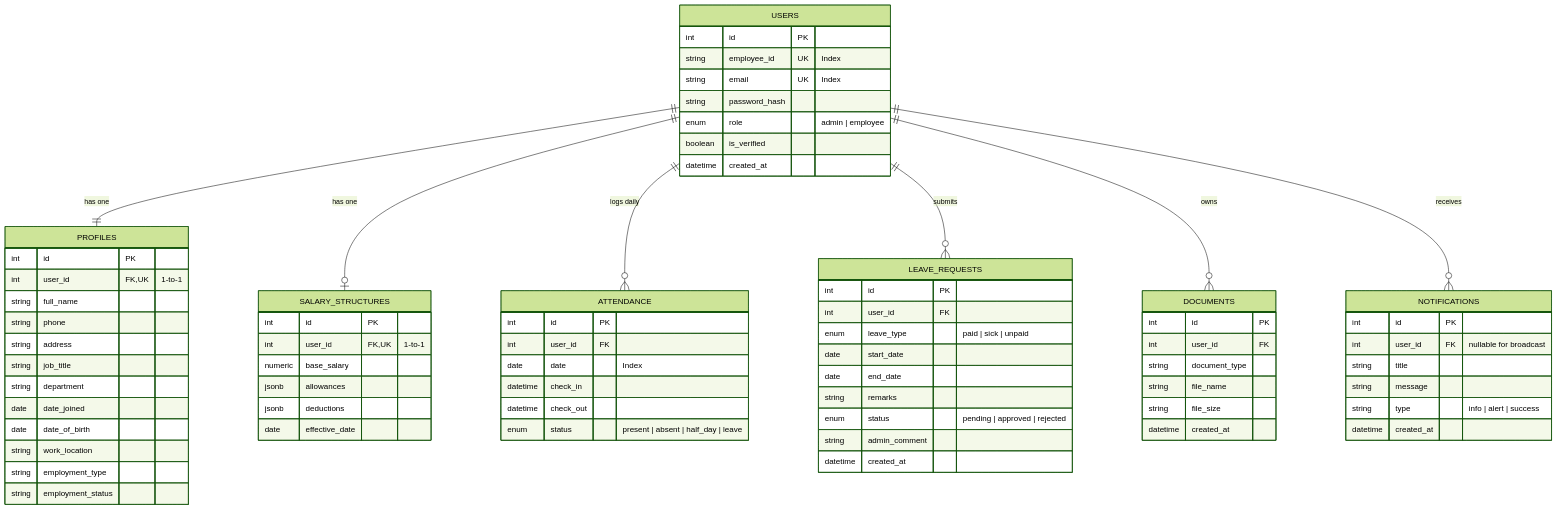
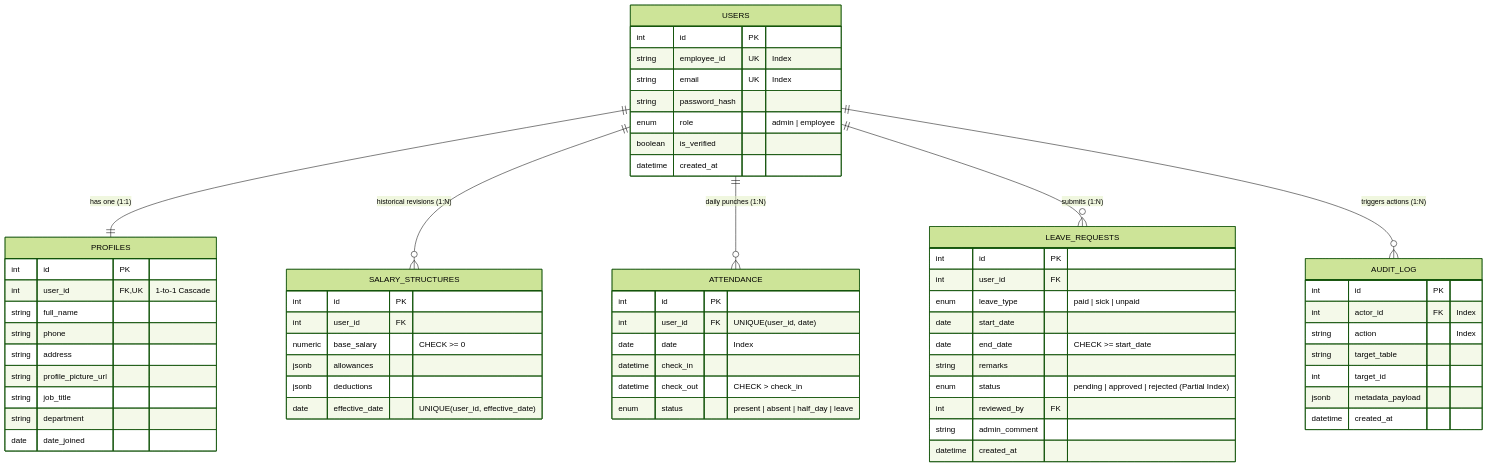
One commit to oggigachad/dayflow changed the fourth of 4 diagrams in README.md. Above: the diagram before and after it, drawn with Mermaid (forest theme). The commit also changed other lines of this file and 34 other files, not shown here.

Commit message:
Implement judging-optimized architecture: layered services, audit log, pytest suite, CI/CD, and Zod validation

````diff
--- a/README.md
+++ b/README.md
@@ -162,82 +189,71 @@
 ```mermaid
 erDiagram
-    USERS ||--|| PROFILES : "has one"
-    USERS ||--o| SALARY_STRUCTURES : "has one"
-    USERS ||--o{ ATTENDANCE : "logs daily"
-    USERS ||--o{ LEAVE_REQUESTS : "submits"
-    USERS ||--o{ DOCUMENTS : "owns"
-    USERS ||--o{ NOTIFICATIONS : "receives"
+    USERS ||--|| PROFILES : "has one (1:1)"
+    USERS ||--o{ SALARY_STRUCTURES : "historical revisions (1:N)"
+    USERS ||--o{ ATTENDANCE : "daily punches (1:N)"
+    USERS ||--o{ LEAVE_REQUESTS : "submits (1:N)"
+    USERS ||--o{ AUDIT_LOG : "triggers actions (1:N)"
 
     USERS {
         int id PK
         string employee_id UK "Index"
         string email UK "Index"
         string password_hash
         enum role "admin | employee"
         boolean is_verified
         datetime created_at
     }
 
     PROFILES {
         int id PK
-        int user_id FK,UK "1-to-1"
+        int user_id FK,UK "1-to-1 Cascade"
         string full_name
         string phone
         string address
+        string profile_picture_url
         string job_title
         string department
         date date_joined
-        date date_of_birth
-        string work_location
-        string employment_type
-        string employment_status
     }
 
     SALARY_STRUCTURES {
         int id PK
-        int user_id FK,UK "1-to-1"
-        numeric base_salary
+        int user_id FK
+        numeric base_salary "CHECK >= 0"
         jsonb allowances
         jsonb deductions
-        date effective_date
+        date effective_date "UNIQUE(user_id, effective_date)"
     }
 
     ATTENDANCE {
         int id PK
-        int user_id FK
+        int user_id FK "UNIQUE(user_id, date)"
         date date "Index"
         datetime check_in
-        datetime check_out
+        datetime check_out "CHECK > check_in"
         enum status "present | absent | half_day | leave"
     }
 
     LEAVE_REQUESTS {
         int id PK
         int user_id FK
         enum leave_type "paid | sick | unpaid"
         date start_date
-        date end_date
+        date end_date "CHECK >= start_date"
         string remarks
-        enum status "pending | approved | rejected"
+        enum status "pending | approved | rejected (Partial Index)"
+        int reviewed_by FK
         string admin_comment
         datetime created_at
     }
 
-    DOCUMENTS {
+    AUDIT_LOG {
         int id PK
-        int user_id FK
-        string document_type
-        string file_name
-        string file_size
-        datetime created_at
-    }
-
-    NOTIFICATIONS {
-        int id PK
-        int user_id FK "nullable for broadcast"
-        string title
-        string message
-        string type "info | alert | success"
+        int actor_id FK "Index"
+        string action "Index"
+        string target_table
+        int target_id
+        jsonb metadata_payload
         datetime created_at
     }
 ```
````
